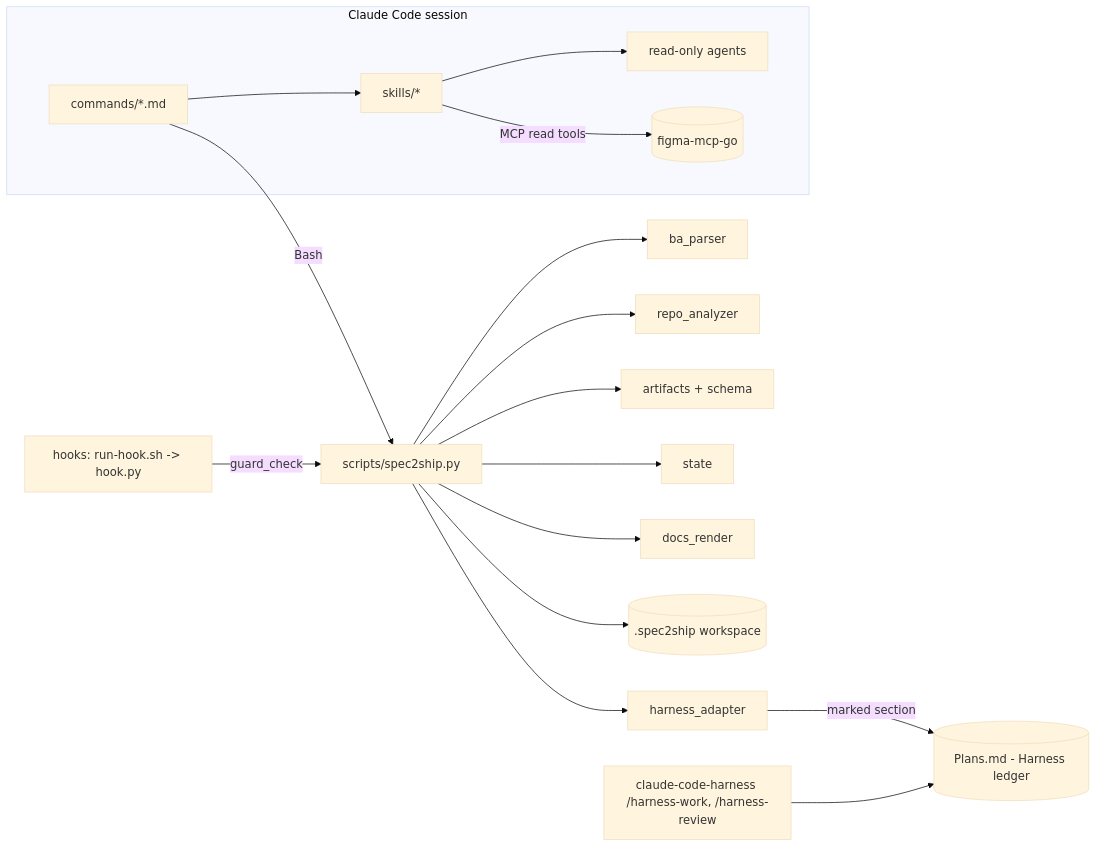
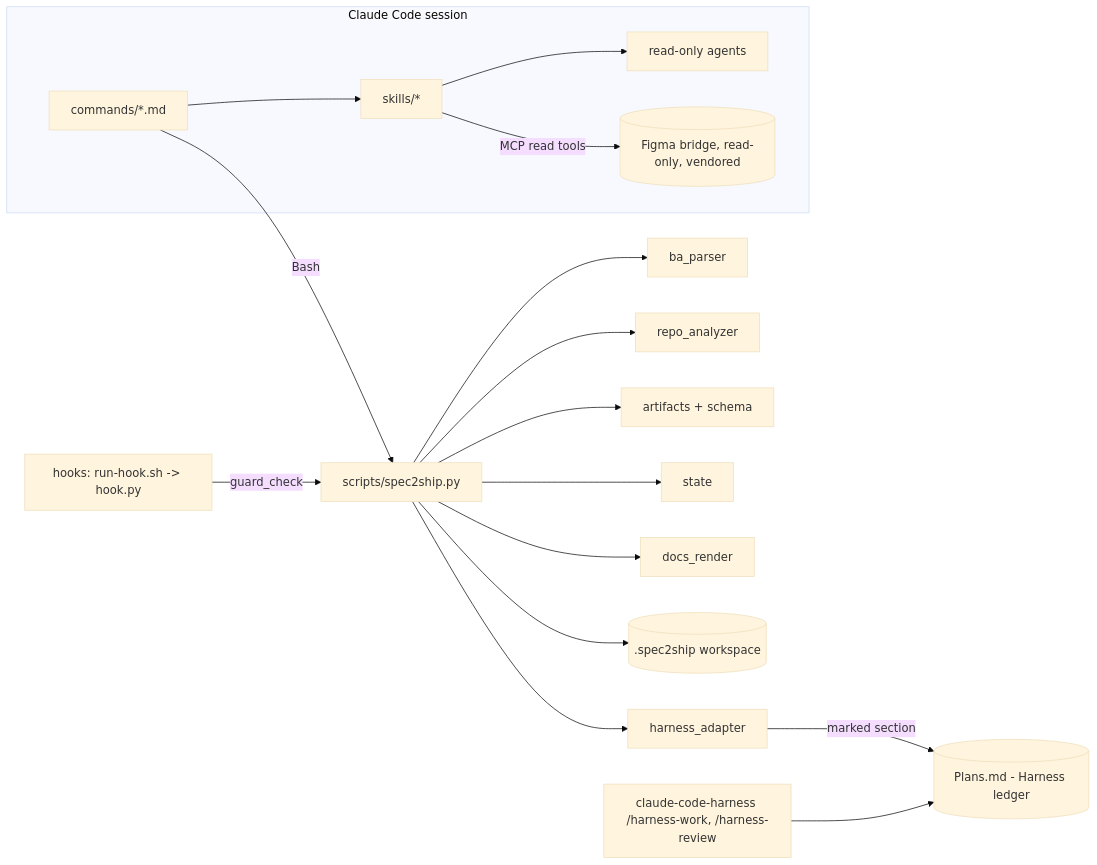
The diagram in docs/ARCHITECTURE.md (XuanDuy2309/spec2ship), drawn with Mermaid (base theme) before and after one commit. The commit also changed 99 other files, not shown here.

First line of the commit message:
feat: vendored read-only Figma bridge, one-command installer, demo (0.3.0)

````diff
--- a/docs/ARCHITECTURE.md
+++ b/docs/ARCHITECTURE.md
@@ -6,14 +6,14 @@
 ```mermaid
 flowchart LR
     subgraph Claude Code session
       CMD[commands/*.md] --> SK[skills/*]
       SK --> AG[read-only agents]
-      SK -->|MCP read tools| FIG[(figma-mcp-go)]
+      SK -->|MCP read tools| FIG[(Figma bridge, read-only, vendored)]
     end
     CMD -->|Bash| CLI[scripts/spec2ship.py]
     CLI --> PARSE[ba_parser] & REPO[repo_analyzer] & VAL[artifacts + schema] & ST[state] & DOC[docs_render] & HA[harness_adapter]
     HA -->|marked section| PLANS[(Plans.md - Harness ledger)]
     HARNESS[claude-code-harness /harness-work, /harness-review] --> PLANS
     HOOK[hooks: run-hook.sh -> hook.py] -->|guard_check| CLI
     CLI --> WS[(.spec2ship workspace)]
 ```
````
